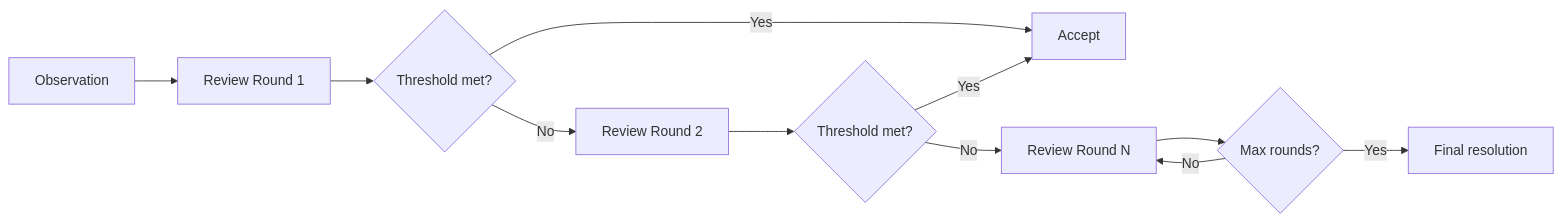
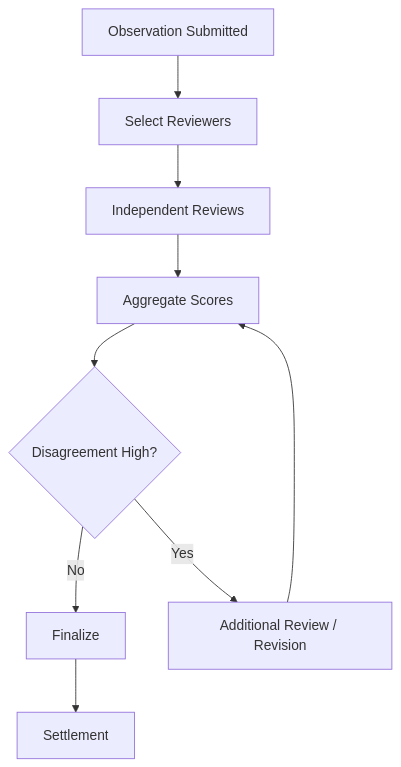
The diagram in i18n/zh-Hans/docusaurus-plugin-content-docs/current/protocol/soft-consensus.md (ArcheLabs/vibly-docs), drawn with Mermaid before and after one commit. The commit also changed other lines of this file and 33 other files, not shown here.

````diff
--- a/i18n/zh-Hans/docusaurus-plugin-content-docs/current/protocol/soft-consensus.md
+++ b/i18n/zh-Hans/docusaurus-plugin-content-docs/current/protocol/soft-consensus.md
@@ -14,13 +48,11 @@
 ```mermaid
-flowchart LR
-  A[Observation] --> B[Review Round 1]
-  B --> C{Threshold met?}
-  C -->|Yes| D[Accept]
-  C -->|No| E[Review Round 2]
-  E --> F{Threshold met?}
-  F -->|Yes| D
-  F -->|No| G[Review Round N]
-  G --> H{Max rounds?}
-  H -->|No| G
-  H -->|Yes| I[Final resolution]
+flowchart TD
+  A[Observation Submitted] --> B[Select Reviewers]
+  B --> C[Independent Reviews]
+  C --> D[Aggregate Scores]
+  D --> E{Disagreement High?}
+  E -- No --> F[Finalize]
+  E -- Yes --> G[Additional Review / Revision]
+  G --> D
+  F --> H[Settlement]
 ```
````
